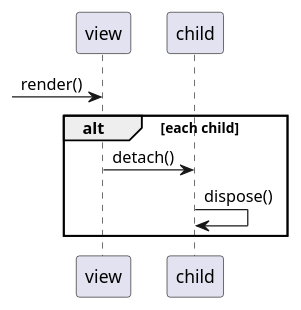
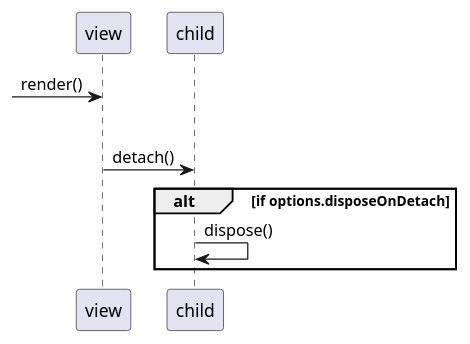
One commit to barc/backbone.giraffe changed the first of 2 diagrams in src/docs/viewBasics.md. Above: the diagram before and after it, drawn with PlantUML. The commit also changed other lines of this file and 9 other files, not shown here.

````diff
--- a/src/docs/viewBasics.md
+++ b/src/docs/viewBasics.md
@@ -58,7 +78,8 @@
 ```uml
 -> view: render()
 alt each child
-    view -> child: detach()
+  view -> child: detach()
+  alt if options.disposeOnDetach
     child -> child: dispose()
 end
 ```
````
